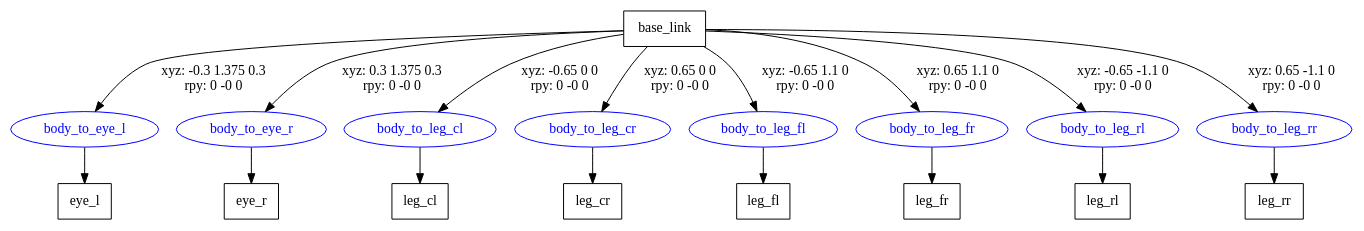
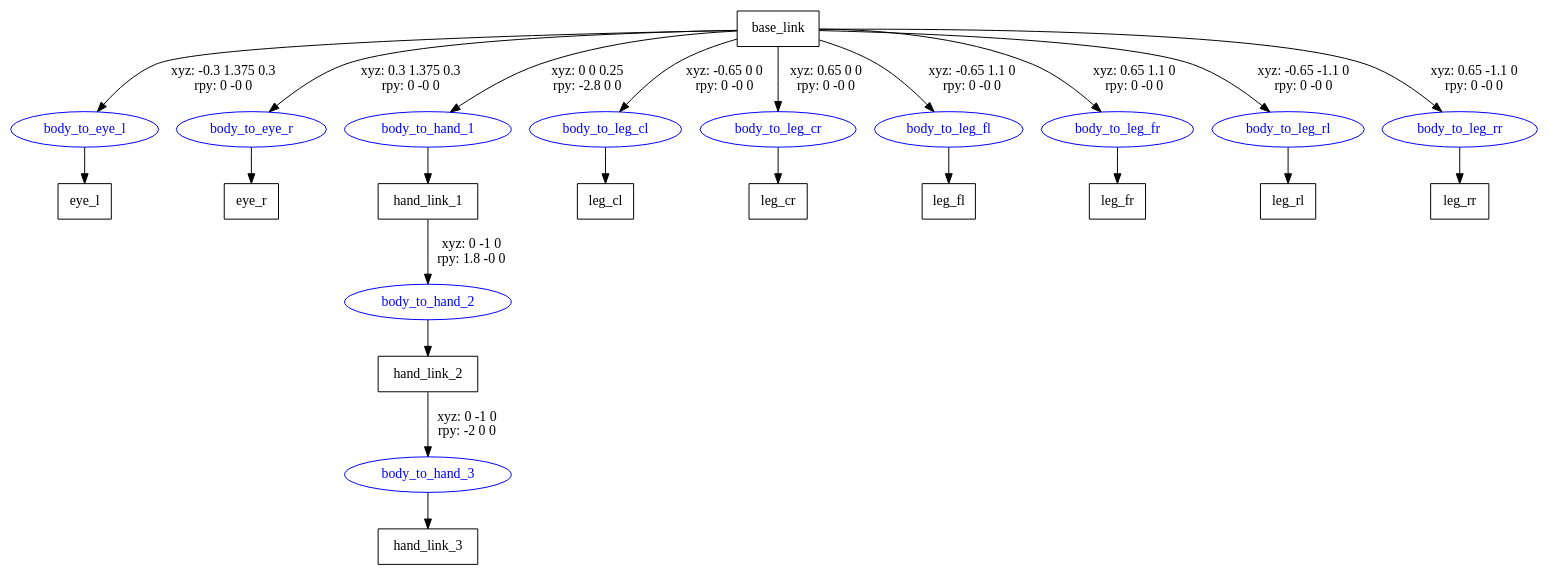
Before and after one commit to TechToker/Simple-Ros-bot: the diagram in src/package_bot/urdf/RHexBot.gv, drawn with Graphviz. The commit also changed 2 other files, not shown here.

```diff
--- a/src/package_bot/urdf/RHexBot.gv
+++ b/src/package_bot/urdf/RHexBot.gv
@@ -1,29 +1,38 @@
 digraph G {
 node [shape=box];
 "base_link" [label="base_link"];
 "eye_l" [label="eye_l"];
 "eye_r" [label="eye_r"];
+"hand_link_1" [label="hand_link_1"];
+"hand_link_2" [label="hand_link_2"];
+"hand_link_3" [label="hand_link_3"];
 "leg_cl" [label="leg_cl"];
 "leg_cr" [label="leg_cr"];
 "leg_fl" [label="leg_fl"];
 "leg_fr" [label="leg_fr"];
 "leg_rl" [label="leg_rl"];
 "leg_rr" [label="leg_rr"];
 node [shape=ellipse, color=blue, fontcolor=blue];
 "base_link" -> "body_to_eye_l" [label="xyz: -0.3 1.375 0.3 \nrpy: 0 -0 0"]
 "body_to_eye_l" -> "eye_l"
 "base_link" -> "body_to_eye_r" [label="xyz: 0.3 1.375 0.3 \nrpy: 0 -0 0"]
 "body_to_eye_r" -> "eye_r"
+"base_link" -> "body_to_hand_1" [label="xyz: 0 0 0.25 \nrpy: -2.8 0 0"]
+"body_to_hand_1" -> "hand_link_1"
+"hand_link_1" -> "body_to_hand_2" [label="xyz: 0 -1 0 \nrpy: 1.8 -0 0"]
+"body_to_hand_2" -> "hand_link_2"
+"hand_link_2" -> "body_to_hand_3" [label="xyz: 0 -1 0 \nrpy: -2 0 0"]
+"body_to_hand_3" -> "hand_link_3"
 "base_link" -> "body_to_leg_cl" [label="xyz: -0.65 0 0 \nrpy: 0 -0 0"]
 "body_to_leg_cl" -> "leg_cl"
 "base_link" -> "body_to_leg_cr" [label="xyz: 0.65 0 0 \nrpy: 0 -0 0"]
 "body_to_leg_cr" -> "leg_cr"
 "base_link" -> "body_to_leg_fl" [label="xyz: -0.65 1.1 0 \nrpy: 0 -0 0"]
 "body_to_leg_fl" -> "leg_fl"
 "base_link" -> "body_to_leg_fr" [label="xyz: 0.65 1.1 0 \nrpy: 0 -0 0"]
 "body_to_leg_fr" -> "leg_fr"
 "base_link" -> "body_to_leg_rl" [label="xyz: -0.65 -1.1 0 \nrpy: 0 -0 0"]
 "body_to_leg_rl" -> "leg_rl"
 "base_link" -> "body_to_leg_rr" [label="xyz: 0.65 -1.1 0 \nrpy: 0 -0 0"]
 "body_to_leg_rr" -> "leg_rr"
 }
```
